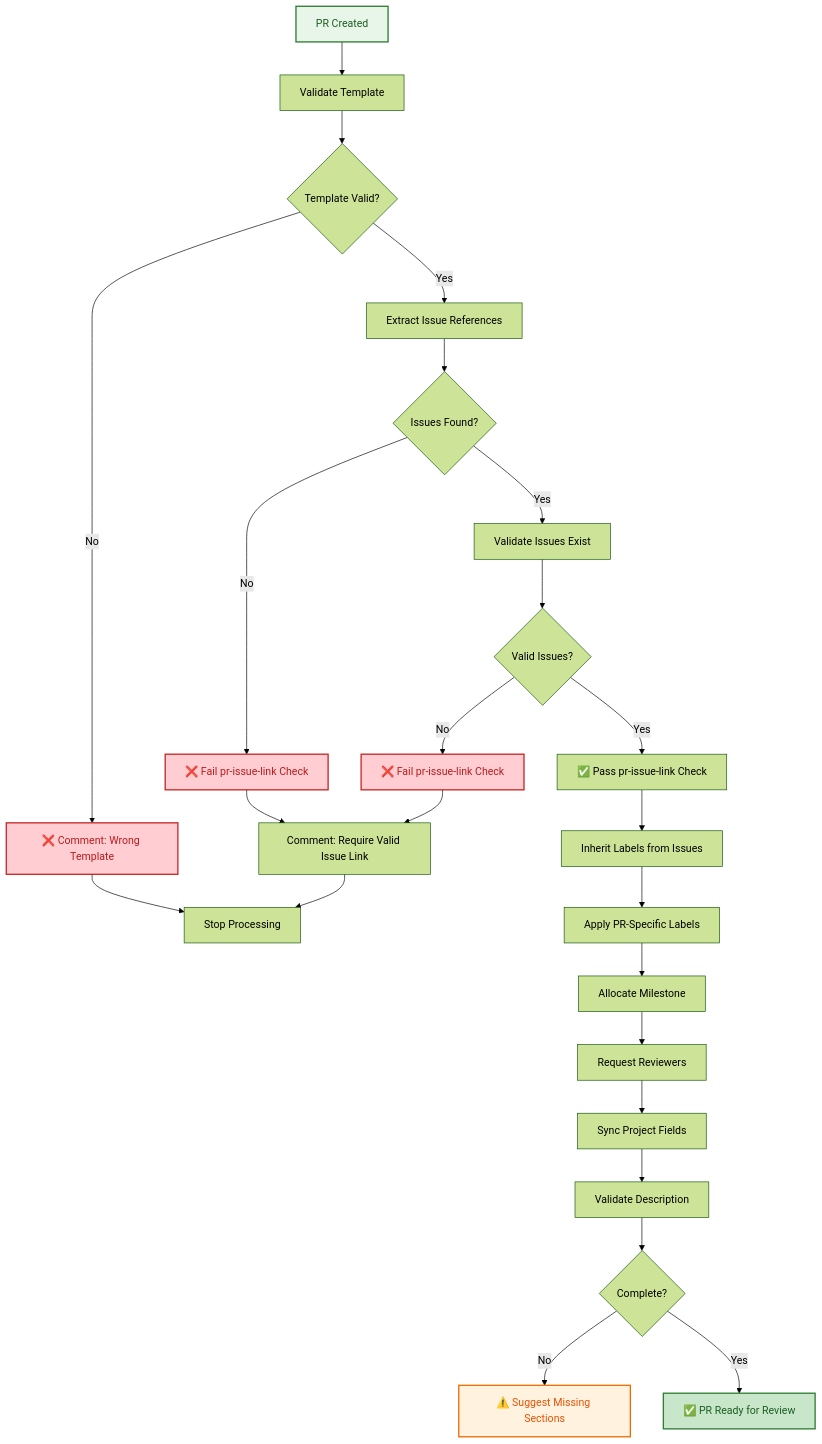
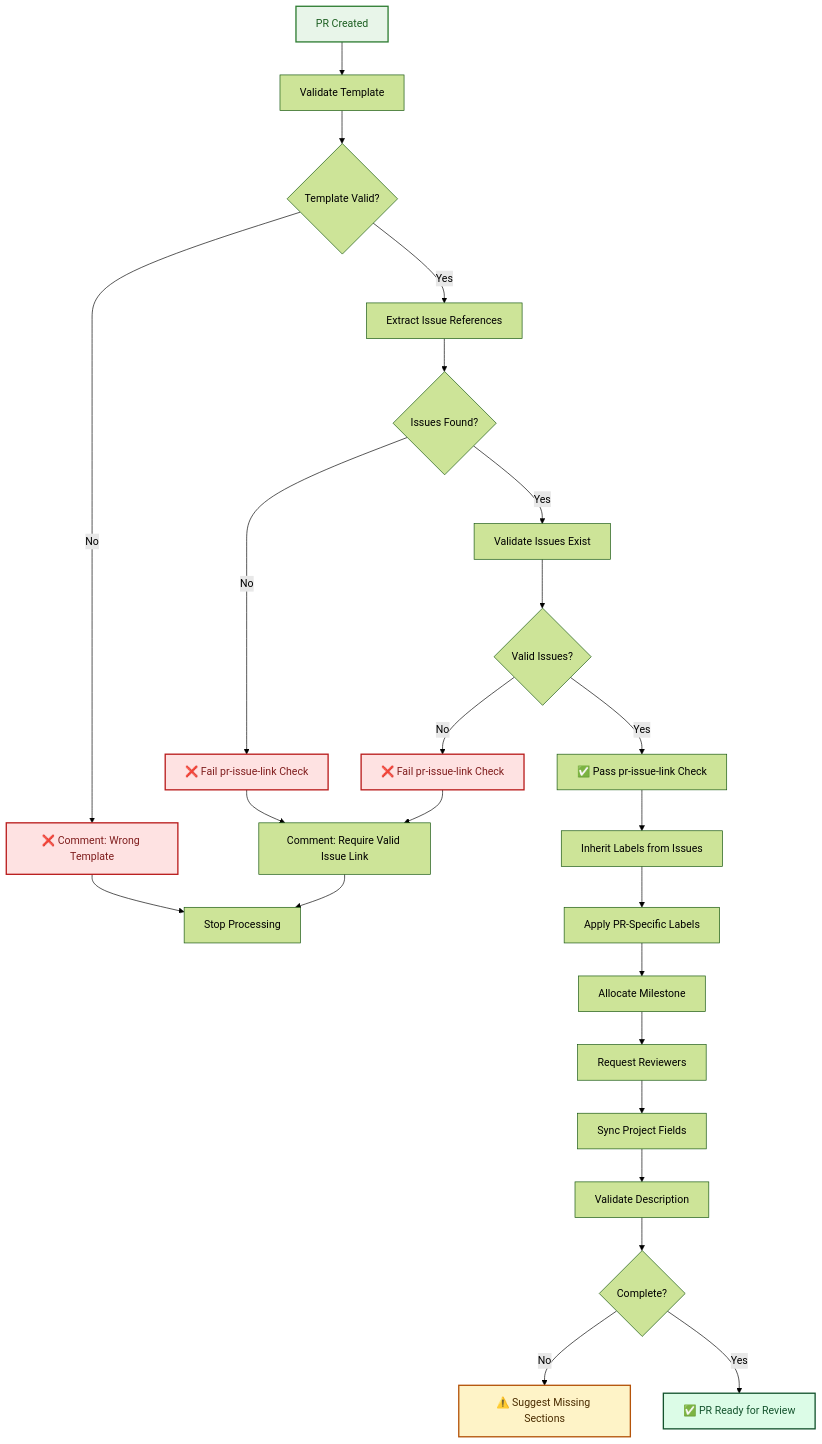
Before and after one commit to lightspeedwp/.github: the first of 3 diagrams in .github/projects/active/automation-consolidation-agentic-workflows-2026-09/PR_MANAGEMENT_AGENT_SPEC.md, drawn with Mermaid (forest theme). The commit also changed other lines of this file and 181 other files, not shown here.

Commit message:
docs: maintenance updates (Mermaid + staleness)

````diff
--- a/.github/projects/active/automation-consolidation-agentic-workflows-2026-09/PR_MANAGEMENT_AGENT_SPEC.md
+++ b/.github/projects/active/automation-consolidation-agentic-workflows-2026-09/PR_MANAGEMENT_AGENT_SPEC.md
@@ -138,42 +138,42 @@
 ```mermaid
 graph TD
     accTitle: Pull request created decision tree
     accDescr: Flowchart for PR validation including template check, issue reference validation, label inheritance, milestone allocation, and reviewer assignment
     A["PR Created"] --> B["Validate Template"]
     B --> C{Template Valid?}
     
     C -->|No| D["❌ Comment: Wrong Template"]
     D --> E["Stop Processing"]
     
     C -->|Yes| F["Extract Issue References"]
     F --> G{Issues Found?}
     
     G -->|No| H["❌ Fail pr-issue-link Check"]
     H --> I["Comment: Require Valid Issue Link"]
     I --> E
     
     G -->|Yes| J["Validate Issues Exist"]
     J --> K{Valid Issues?}
     
     K -->|No| L["❌ Fail pr-issue-link Check"]
     L --> I
     
     K -->|Yes| V["✅ Pass pr-issue-link Check"]
     V --> M["Inherit Labels from Issues"]
     M --> N["Apply PR-Specific Labels"]
     N --> O["Allocate Milestone"]
     O --> P["Request Reviewers"]
     P --> Q["Sync Project Fields"]
     Q --> R["Validate Description"]
     R --> S{Complete?}
     
     S -->|No| T["⚠️ Suggest Missing Sections"]
     S -->|Yes| U["✅ PR Ready for Review"]
     
     style A fill:#E8F5E9,stroke:#2E7D32,stroke-width:2px,color:#1B5E20
-    style U fill:#C8E6C9,stroke:#2E7D32,stroke-width:2px,color:#1B5E20
-    style D fill:#FFCDD2,stroke:#C62828,stroke-width:2px,color:#B71C1C
-    style H fill:#FFCDD2,stroke:#C62828,stroke-width:2px,color:#B71C1C
-    style L fill:#FFCDD2,stroke:#C62828,stroke-width:2px,color:#B71C1C
-    style T fill:#FFF3E0,stroke:#EF6C00,stroke-width:2px,color:#E65100
+    style U fill:#dcfce7,stroke:#14532d,stroke-width:2px,color:#14532d
+    style D fill:#fee2e2,stroke:#b91c1c,stroke-width:2px,color:#7f1d1d
+    style H fill:#fee2e2,stroke:#b91c1c,stroke-width:2px,color:#7f1d1d
+    style L fill:#fee2e2,stroke:#b91c1c,stroke-width:2px,color:#7f1d1d
+    style T fill:#fef3c7,stroke:#b45309,stroke-width:2px,color:#4a2c00
 ```
````
